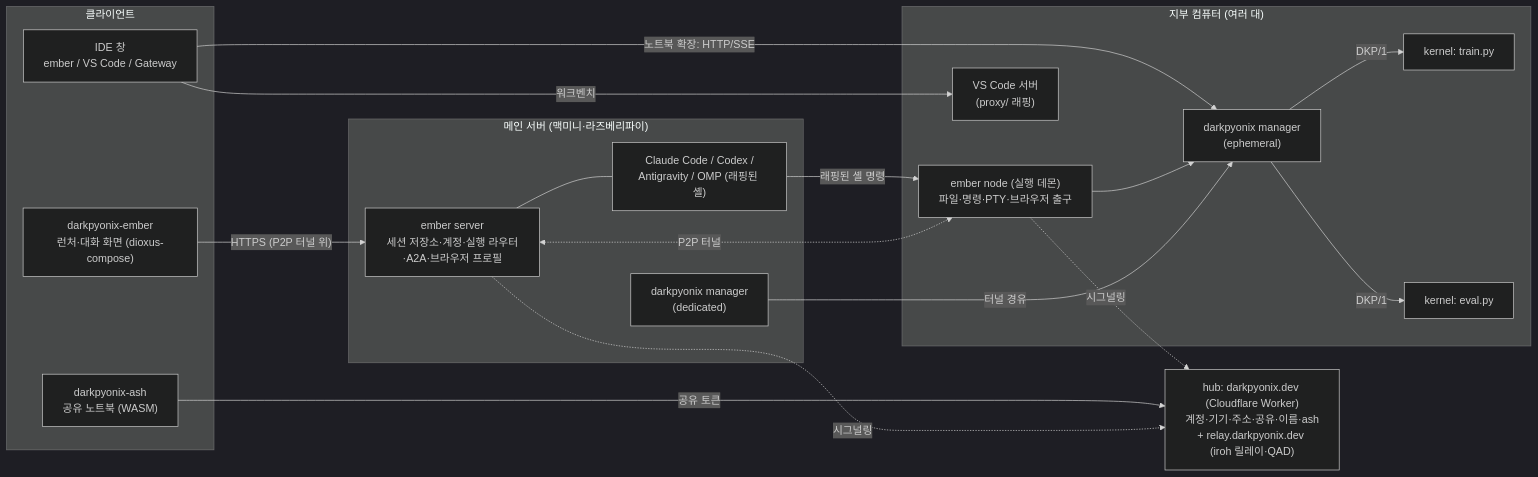
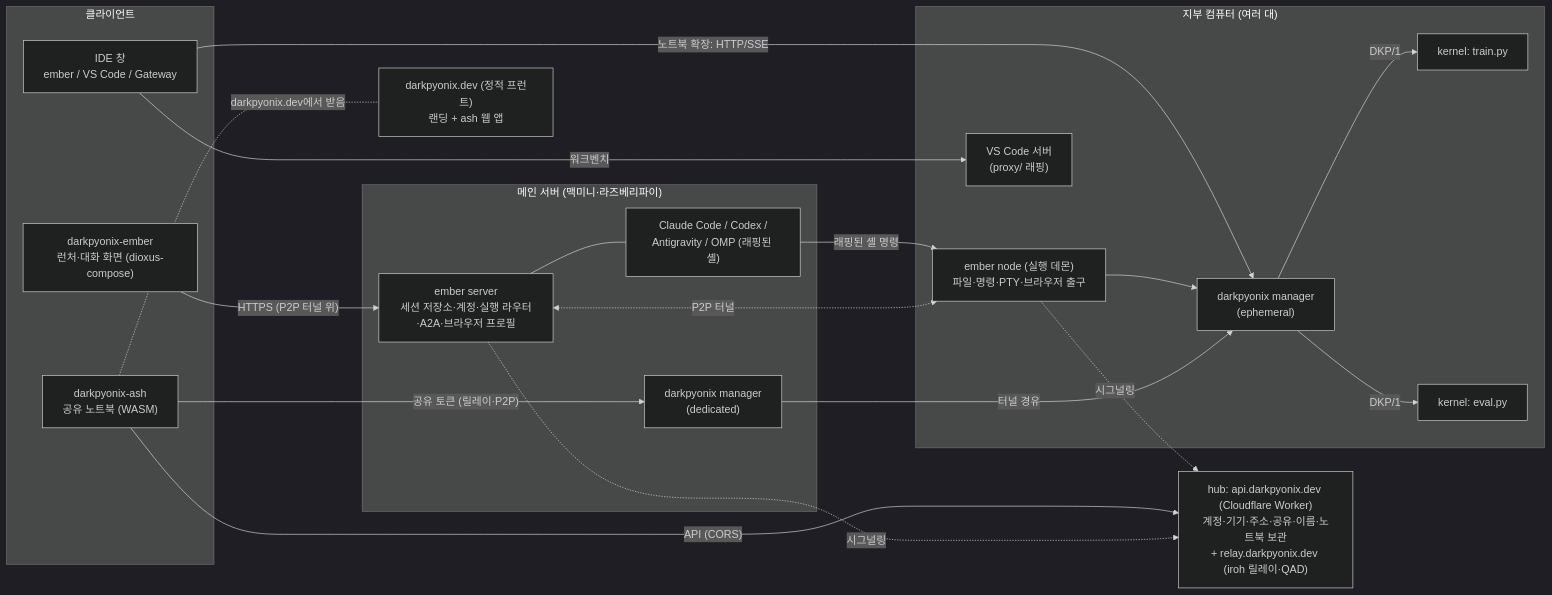
Before and after one commit to DarkPyonix/darkpyonix: the first of 8 diagrams in docs/ARCHITECTURE.md, drawn with Mermaid (dark theme). The commit also changed other lines of this file and 3 other files, not shown here.

First line of the commit message:
Docs: Specify hub host roles and hosted ash notebooks (FR-H12..H19, NFR-H3)

````diff
--- a/docs/ARCHITECTURE.md
+++ b/docs/ARCHITECTURE.md
@@ -9,38 +9,41 @@
 ```mermaid
 flowchart LR
   subgraph Clients["클라이언트"]
     EMBER["darkpyonix-ember<br/>런처·대화 화면 (dioxus-compose)"]
     IDE["IDE 창<br/>ember / VS Code / Gateway"]
     ASH["darkpyonix-ash<br/>공유 노트북 (WASM)"]
   end
 
   subgraph Main["메인 서버 (맥미니·라즈베리파이)"]
     ES["ember server<br/>세션 저장소·계정·실행 라우터·A2A·브라우저 프로필"]
     CLIS["Claude Code / Codex /<br/>Antigravity / OMP (래핑된 셸)"]
     DM["darkpyonix manager<br/>(dedicated)"]
   end
 
   subgraph Branch["지부 컴퓨터 (여러 대)"]
     NODE["ember node (실행 데몬)<br/>파일·명령·PTY·브라우저 출구"]
     VSC["VS Code 서버<br/>(proxy/ 래핑)"]
     EM["darkpyonix manager<br/>(ephemeral)"]
     K1["kernel: train.py"]
     K2["kernel: eval.py"]
   end
 
-  HUB["hub: darkpyonix.dev (Cloudflare Worker)<br/>계정·기기·주소·공유·이름·ash<br/>+ relay.darkpyonix.dev (iroh 릴레이·QAD)"]
+  FRONT["darkpyonix.dev (정적 프런트)<br/>랜딩 + ash 웹 앱"]
+  HUB["hub: api.darkpyonix.dev (Cloudflare Worker)<br/>계정·기기·주소·공유·이름·노트북 보관<br/>+ relay.darkpyonix.dev (iroh 릴레이·QAD)"]
 
   EMBER -- "HTTPS (P2P 터널 위)" --> ES
   IDE -- "워크벤치" --> VSC
   IDE -- "노트북 확장: HTTP/SSE" --> EM
-  ASH -- 공유 토큰 --> HUB
+  ASH -. "darkpyonix.dev에서 받음" .- FRONT
+  ASH -- "API (CORS)" --> HUB
+  ASH -- "공유 토큰 (릴레이·P2P)" --> DM
   ES --- CLIS
   CLIS -- 래핑된 셸 명령 --> NODE
   ES <-. P2P 터널 .-> NODE
   ES -. 시그널링 .-> HUB
   NODE -. 시그널링 .-> HUB
   NODE --> EM
   EM -- DKP/1 --> K1
   EM -- DKP/1 --> K2
   DM -- 터널 경유 --> EM
 ```
````
